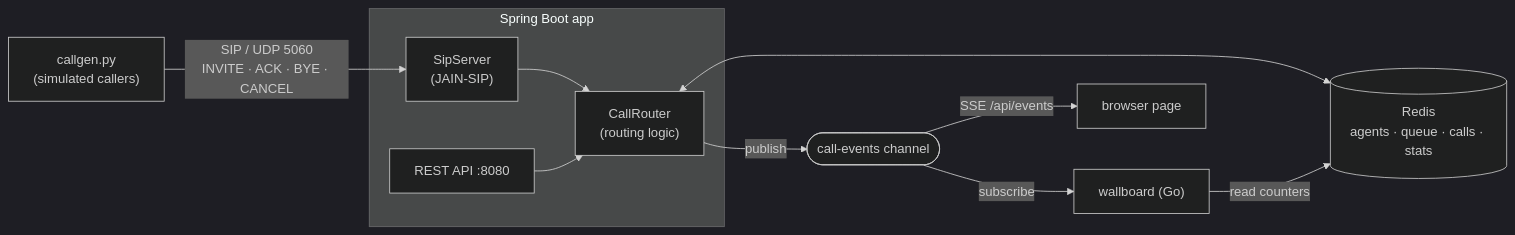
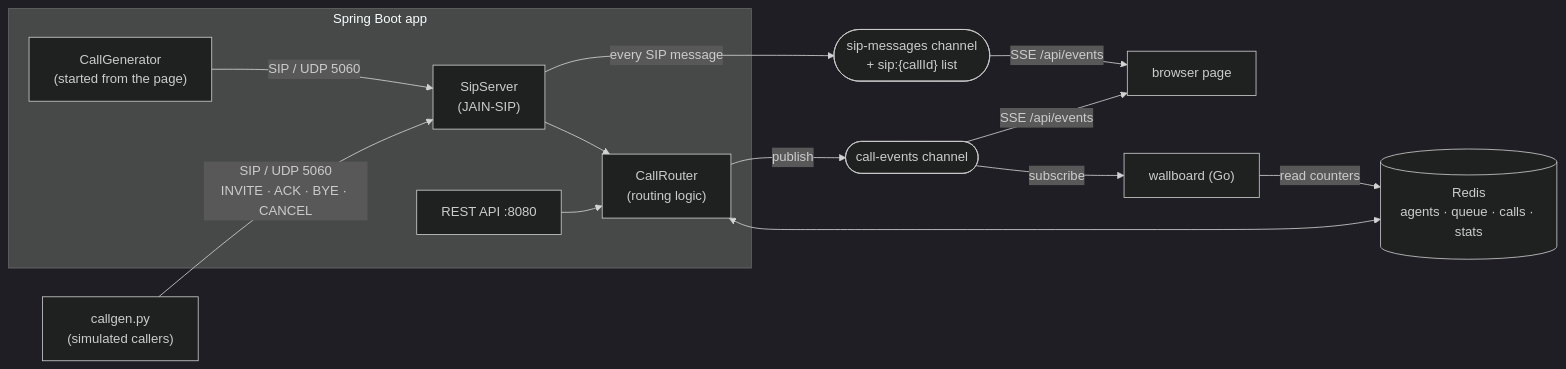
The diagram in README.md (Atelci/sip-call-router), drawn with Mermaid (dark theme) before and after one commit. The commit also changed other lines of this file and 11 other files, not shown here.

First line of the commit message:
Add call generator, live SIP diagrams and queue view to the UI

````diff
--- a/README.md
+++ b/README.md
@@ -12,13 +12,16 @@
 ```mermaid
 flowchart LR
     G["callgen.py<br/>(simulated callers)"] -- "SIP / UDP 5060<br/>INVITE · ACK · BYE · CANCEL" --> S
     subgraph App["Spring Boot app"]
         S["SipServer<br/>(JAIN-SIP)"] --> R["CallRouter<br/>(routing logic)"]
         API["REST API :8080"] --> R
+        SIM["CallGenerator<br/>(started from the page)"] -- "SIP / UDP 5060" --> S
     end
+    S -- "every SIP message" --> T(["sip-messages channel<br/>+ sip:{callId} list"])
+    T -- "SSE /api/events" --> B
     R <--> Redis[("Redis<br/>agents · queue · calls · stats")]
     R -- "publish" --> E(["call-events channel"])
     E -- "subscribe" --> W["wallboard (Go)"]
     E -- "SSE /api/events" --> B["browser page"]
     W -- "read counters" --> Redis
 ```
````
